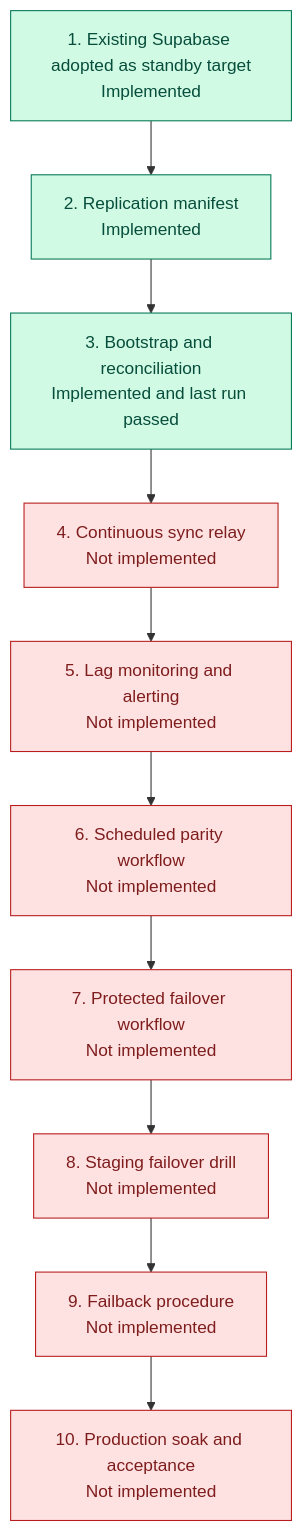
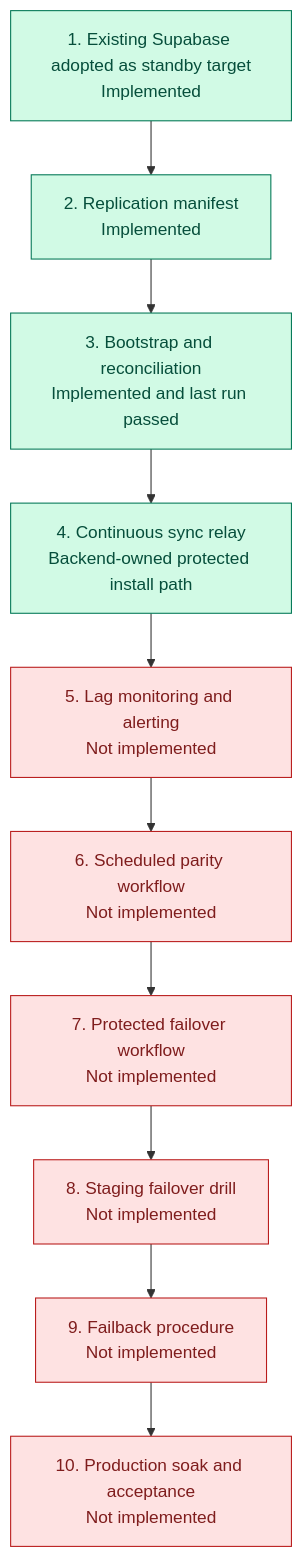
Before and after one commit to ramideltoro/nutsnews-docs: the second of 5 diagrams in DATABASE_RESILIENCY.md, drawn with Mermaid. The commit also changed other lines of this file and 1 other file, not shown here.

Commit message:
Document Supabase standby relay

````diff
--- a/DATABASE_RESILIENCY.md
+++ b/DATABASE_RESILIENCY.md
@@ -49,17 +52,17 @@
 ```mermaid
 flowchart TD
     A["1. Existing Supabase adopted as standby target<br/>Implemented"] --> B["2. Replication manifest<br/>Implemented"]
     B --> C["3. Bootstrap and reconciliation<br/>Implemented and last run passed"]
-    C --> D["4. Continuous sync relay<br/>Not implemented"]
+    C --> D["4. Continuous sync relay<br/>Backend-owned protected install path"]
     D --> E["5. Lag monitoring and alerting<br/>Not implemented"]
     E --> F["6. Scheduled parity workflow<br/>Not implemented"]
     F --> G["7. Protected failover workflow<br/>Not implemented"]
     G --> H["8. Staging failover drill<br/>Not implemented"]
     H --> I["9. Failback procedure<br/>Not implemented"]
     I --> J["10. Production soak and acceptance<br/>Not implemented"]
 
     classDef done fill:#d1fae5,stroke:#047857,color:#064e3b;
     classDef pending fill:#fee2e2,stroke:#b91c1c,color:#7f1d1d;
-    class A,B,C done;
-    class D,E,F,G,H,I,J pending;
+    class A,B,C,D done;
+    class E,F,G,H,I,J pending;
 ```
````
